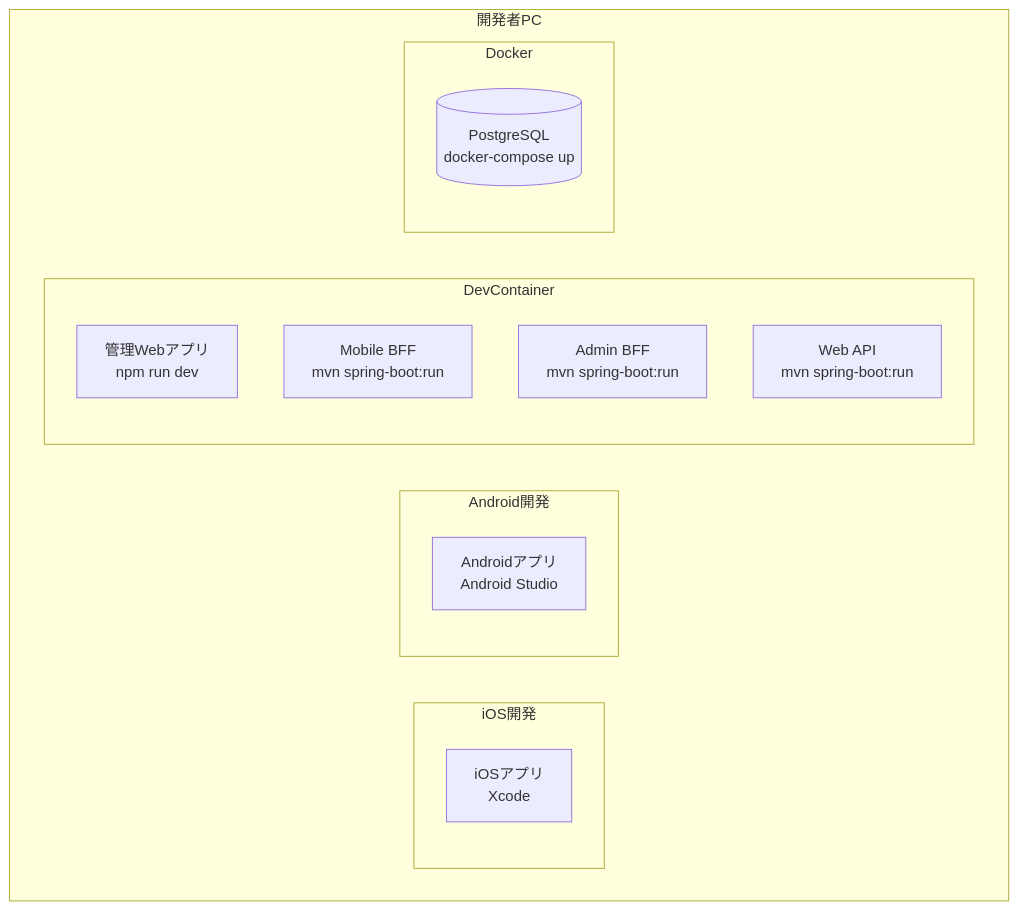
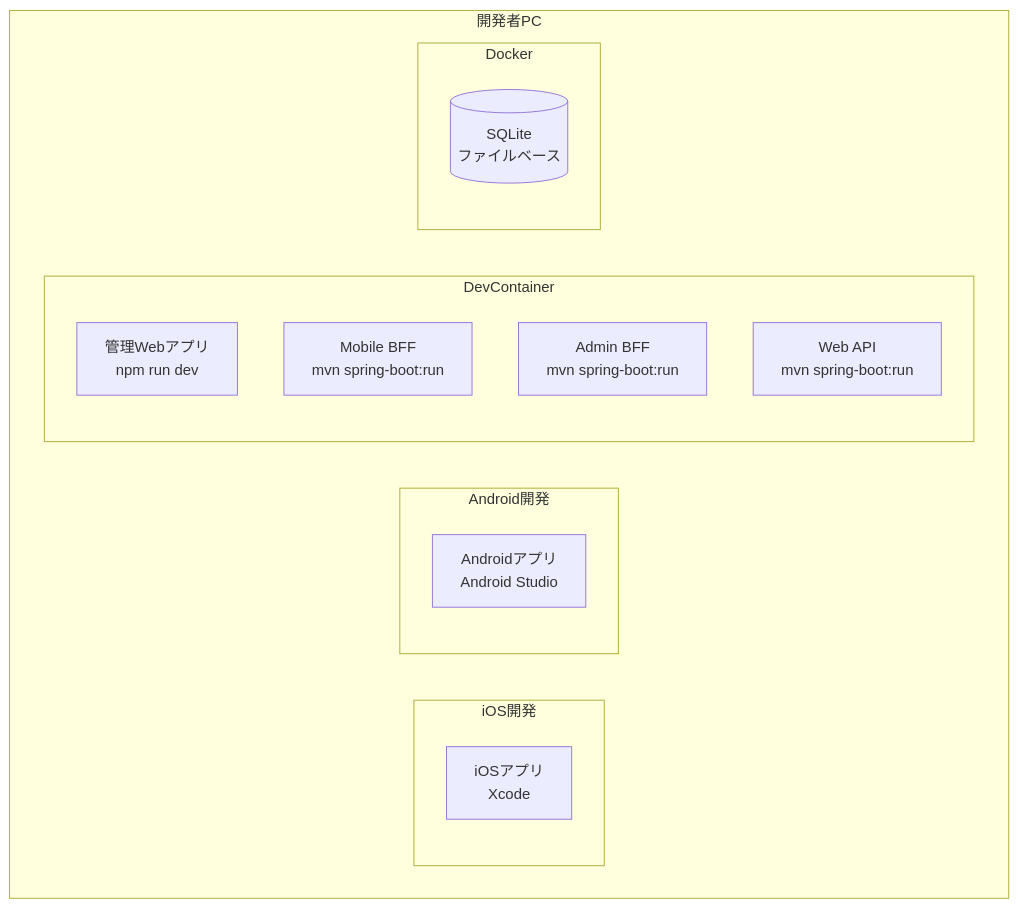
Before and after one commit to Takas0522/ws-demo-mobile-app: the first of 2 diagrams in docs/architecture/07-deployment.md, drawn with Mermaid. The commit also changed other lines of this file and 42 other files, not shown here.

First line of the commit message:
docs: update all PostgreSQL references to SQLite

````diff
--- a/docs/architecture/07-deployment.md
+++ b/docs/architecture/07-deployment.md
@@ -33,23 +33,23 @@
 ```mermaid
 graph TB
     subgraph "開発者PC"
         subgraph "iOS開発"
             iOS[iOSアプリ<br/>Xcode]
         end
         
         subgraph "Android開発"
             Android[Androidアプリ<br/>Android Studio]
         end
         
         subgraph "DevContainer"
             Vue[管理Webアプリ<br/>npm run dev]
             MobileBFF[Mobile BFF<br/>mvn spring-boot:run]
             AdminBFF[Admin BFF<br/>mvn spring-boot:run]
             WebAPI[Web API<br/>mvn spring-boot:run]
         end
         
         subgraph "Docker"
-            DB[(PostgreSQL<br/>docker-compose up)]
+            DB[(SQLite<br/>ファイルベース)]
         end
     end
 ```
````
